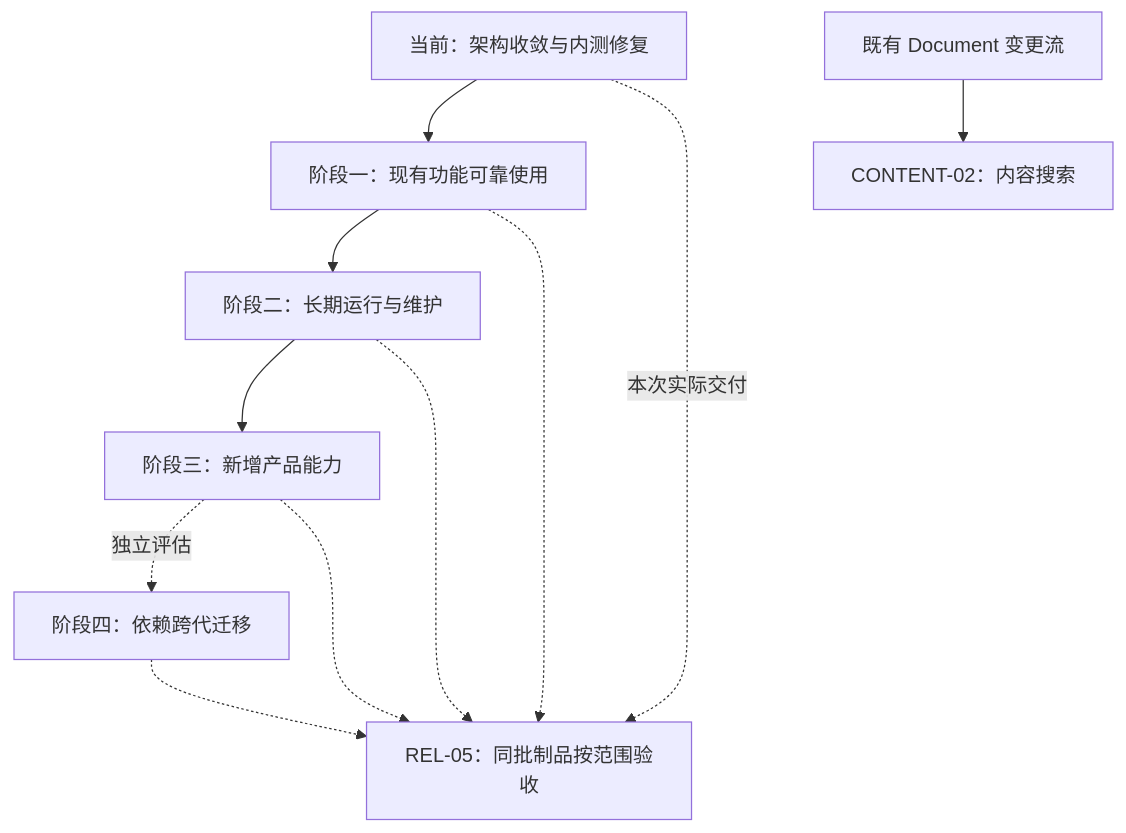
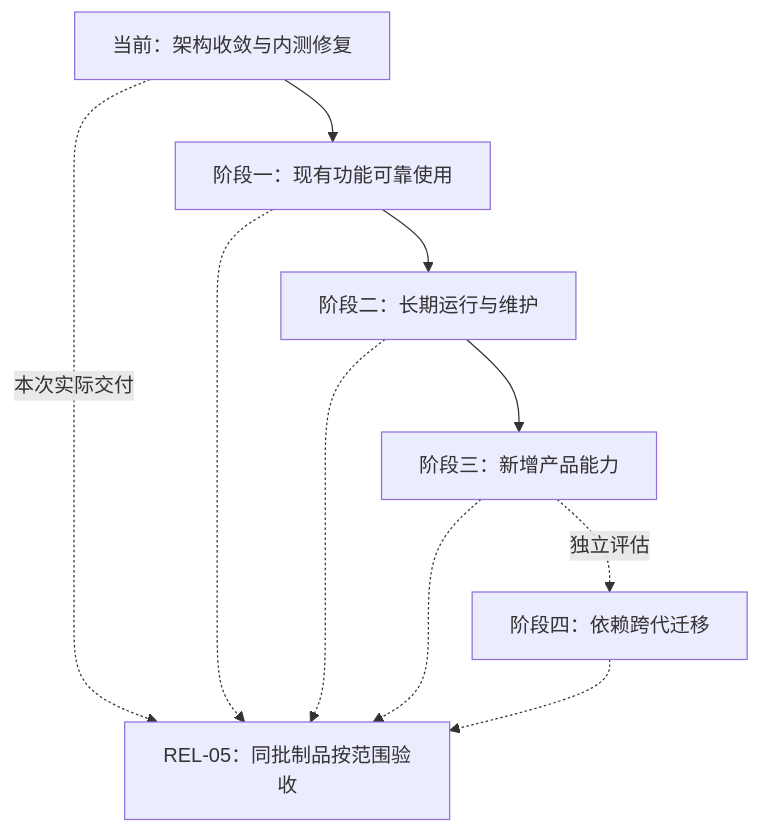
Before and after one commit to virjar/team-talk: the diagram in doc/10-reference/roadmap.md, drawn with Mermaid. The commit also changed other lines of this file and 4 other files, not shown here.

Commit message:
同步内容搜索能力边界与路线图状态

````diff
--- a/doc/10-reference/roadmap.md
+++ b/doc/10-reference/roadmap.md
@@ -59,13 +59,12 @@
 ```mermaid
 flowchart TD
     Current["当前：架构收敛与内测修复"] --> Reliable["阶段一：现有功能可靠使用"]
     Reliable --> Operate["阶段二：长期运行与维护"]
     Operate --> Product["阶段三：新增产品能力"]
     Product -. 独立评估 .-> Dependencies["阶段四：依赖跨代迁移"]
     Current -. 本次实际交付 .-> Verify["REL-05：同批制品按范围验收"]
     Reliable -.-> Verify
     Operate -.-> Verify
     Product -.-> Verify
     Dependencies -.-> Verify
-    Changes["既有 Document 变更流"] --> Search["CONTENT-02：内容搜索"]
 ```
````
